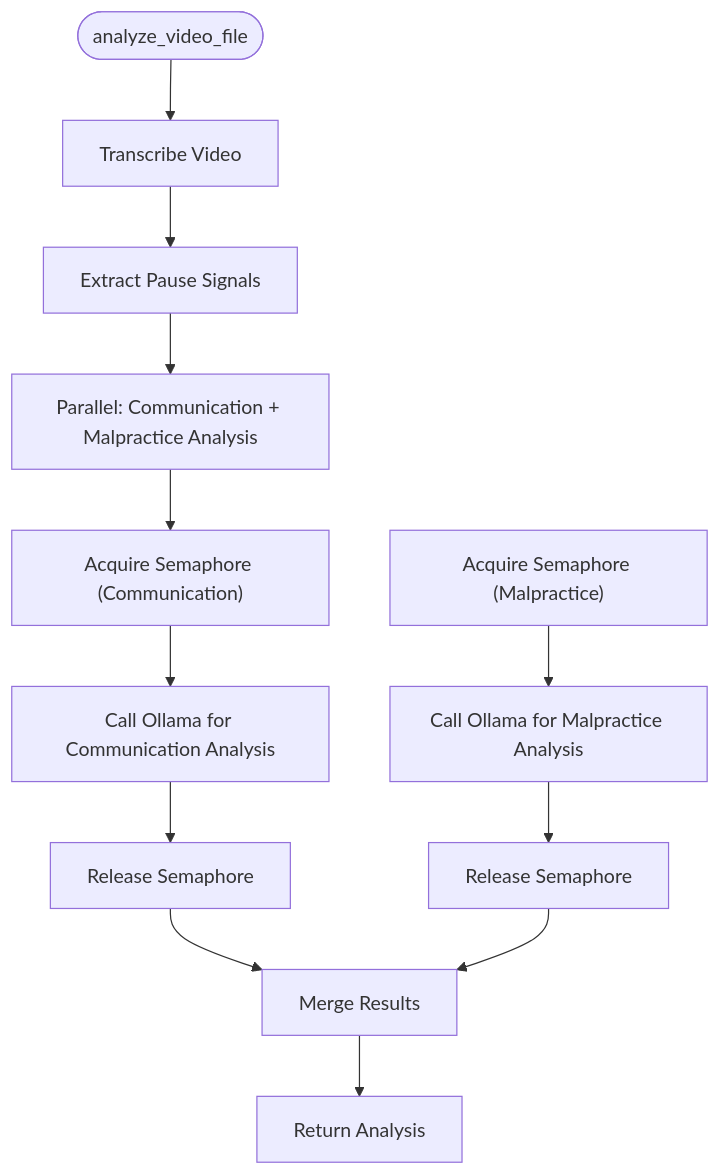
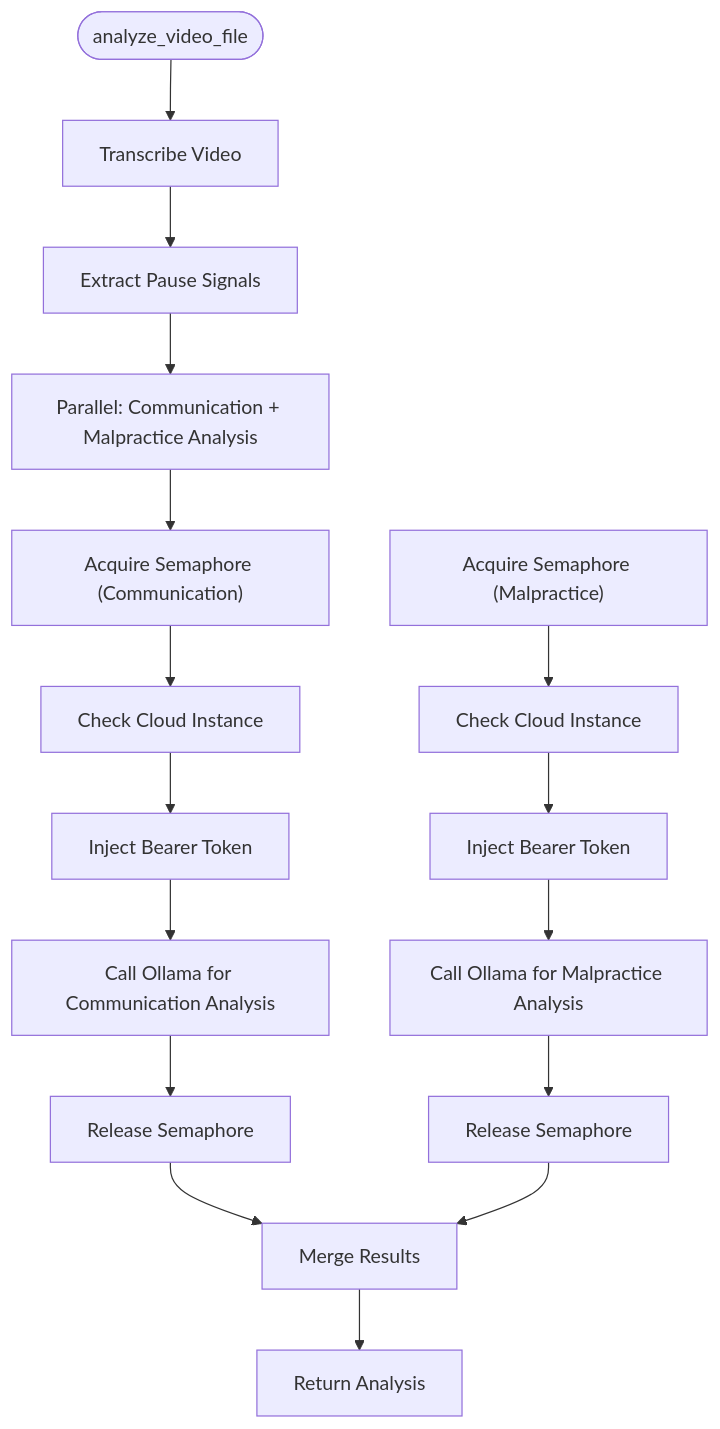
Diagram 11 of 15 in .qoder/repowiki/en/content/Analysis Engine/LLM Service Integration.md (Revanththetalogics/aireume), drawn with Mermaid before and after one commit. The commit also changed other lines of this file and 11 other files, not shown here.

````diff
--- a/.qoder/repowiki/en/content/Analysis Engine/LLM Service Integration.md
+++ b/.qoder/repowiki/en/content/Analysis Engine/LLM Service Integration.md
@@ -498,14 +596,18 @@
 ```mermaid
 flowchart TD
 Start(["analyze_video_file"]) --> Transcribe["Transcribe Video"]
 Transcribe --> ExtractSignals["Extract Pause Signals"]
 ExtractSignals --> ParallelExec["Parallel: Communication + Malpractice Analysis"]
 ParallelExec --> AcquireSem1["Acquire Semaphore (Communication)"]
-AcquireSem1 --> CallComm["Call Ollama for Communication Analysis"]
+AcquireSem1 --> CloudCheck1["Check Cloud Instance"]
+CloudCheck1 --> InjectHeaders1["Inject Bearer Token"]
+InjectHeaders1 --> CallComm["Call Ollama for Communication Analysis"]
 CallComm --> ReleaseSem1["Release Semaphore"]
-AcquireSem2["Acquire Semaphore (Malpractice)"] --> CallMal["Call Ollama for Malpractice Analysis"]
+AcquireSem2["Acquire Semaphore (Malpractice)"] --> CloudCheck2["Check Cloud Instance"]
+CloudCheck2 --> InjectHeaders2["Inject Bearer Token"]
+InjectHeaders2 --> CallMal["Call Ollama for Malpractice Analysis"]
 CallMal --> ReleaseSem2["Release Semaphore"]
 ReleaseSem1 --> MergeResults["Merge Results"]
 ReleaseSem2 --> MergeResults
 MergeResults --> Return["Return Analysis"]
 ```
````
